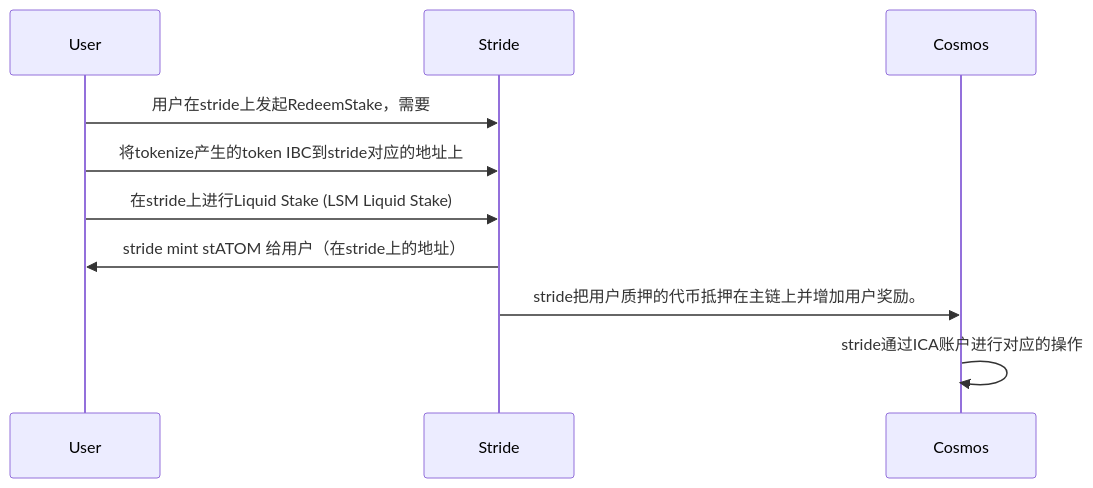
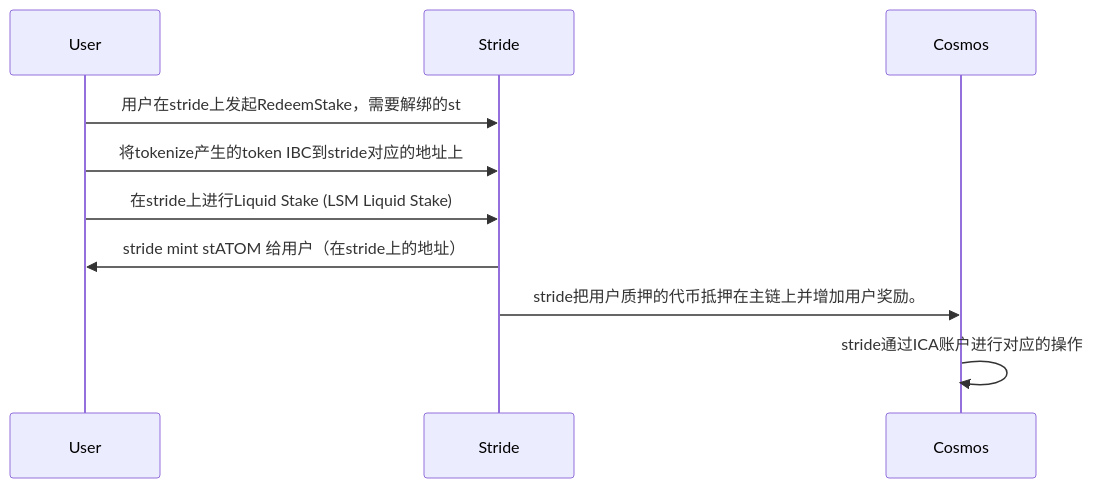
One commit to yingjianzh/iodraw-files changed the diagram in all/unbonding.md. Above: the diagram before and after it, drawn with Mermaid.

Commit message:
2024-03-28 15:01:28 update

````diff
--- a/all/unbonding.md
+++ b/all/unbonding.md
@@ -1,9 +1,9 @@
 ```mermaid
 sequenceDiagram
-    User->>Stride: 用户在stride上发起RedeemStake，需要
+    User->>Stride: 用户在stride上发起RedeemStake，需要解绑的st
     User->>Stride: 将tokenize产生的token IBC到stride对应的地址上
     User->>Stride: 在stride上进行Liquid Stake (LSM Liquid Stake)
     Stride->>User: stride mint stATOM 给用户（在stride上的地址）
     Stride->>Cosmos: stride把用户质押的代币抵押在主链上并增加用户奖励。
     Cosmos->>Cosmos: stride通过ICA账户进行对应的操作
 ```
````
